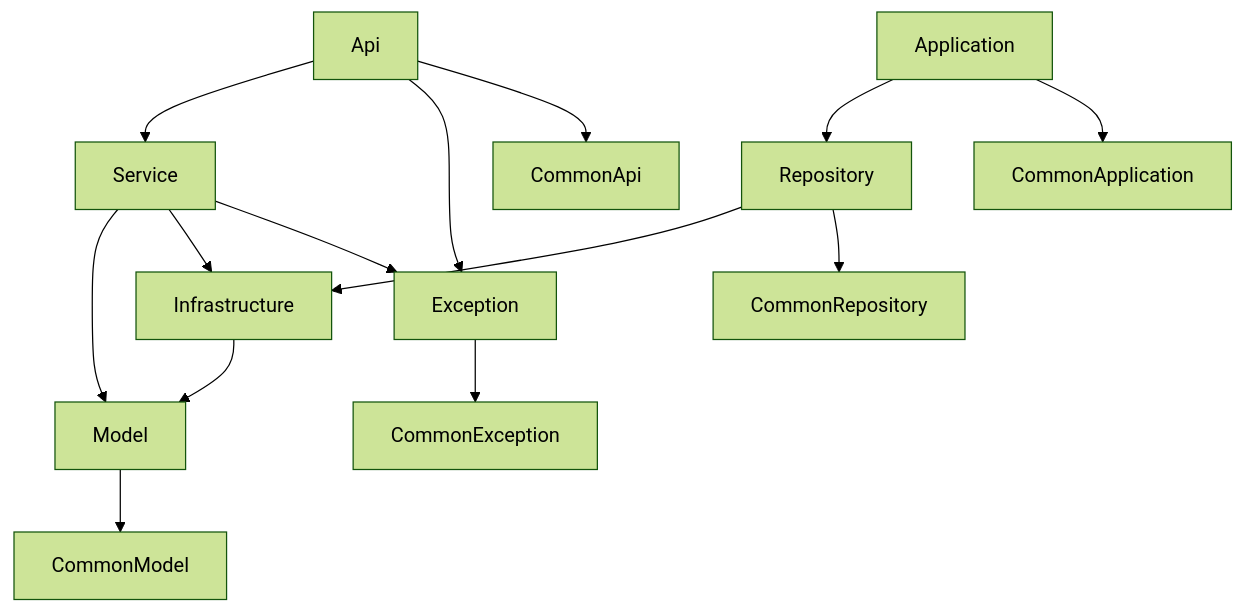
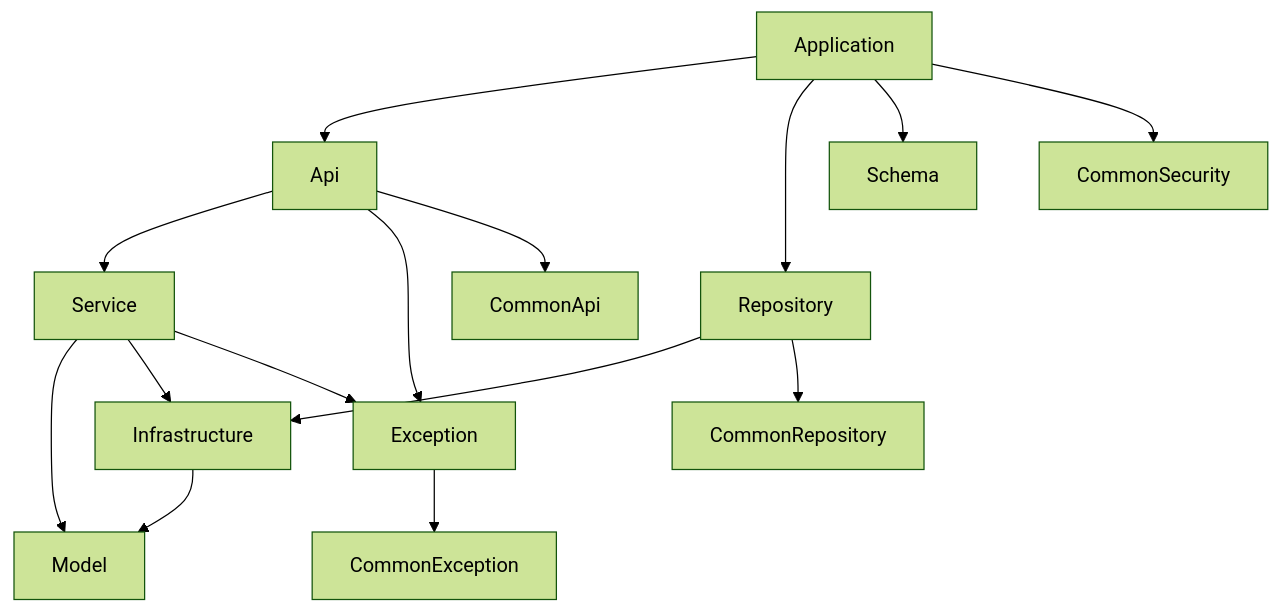
Before and after one commit to YeaChan05/remittance: the first of 2 diagrams in docs/rule/dependencies.md, drawn with Mermaid (forest theme). The commit also changed other lines of this file and 4 other files, not shown here.

````diff
--- a/docs/rule/dependencies.md
+++ b/docs/rule/dependencies.md
@@ -192,21 +197,21 @@
 ```mermaid
 graph TD
-    Model --> CommonModel
-
     Infrastructure --> Model
     Service --> Model
     Service --> Infrastructure
     Service --> Exception
 
     Exception --> CommonException
 
     Api --> Service
     Api --> Exception
     Api --> CommonApi
 
     Repository --> Infrastructure
     Repository --> CommonRepository
 
+    Application --> Api
     Application --> Repository
-    Application --> CommonApplication
+    Application --> Schema
+    Application --> CommonSecurity
 ```
````
